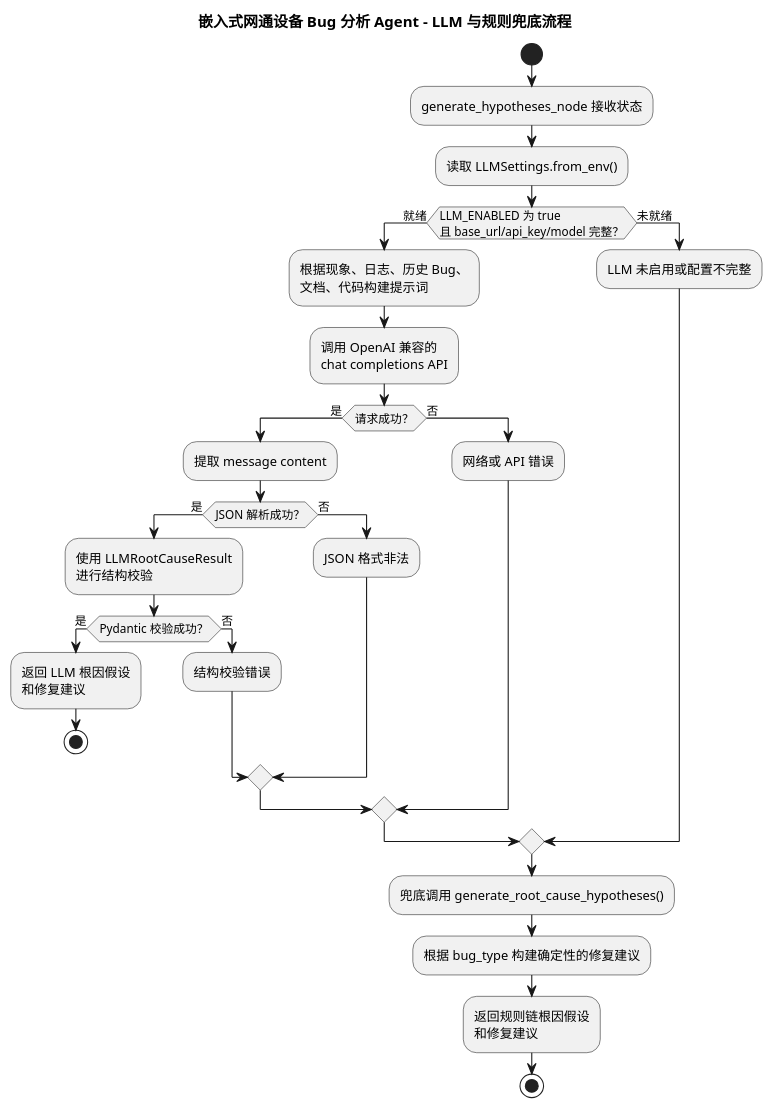
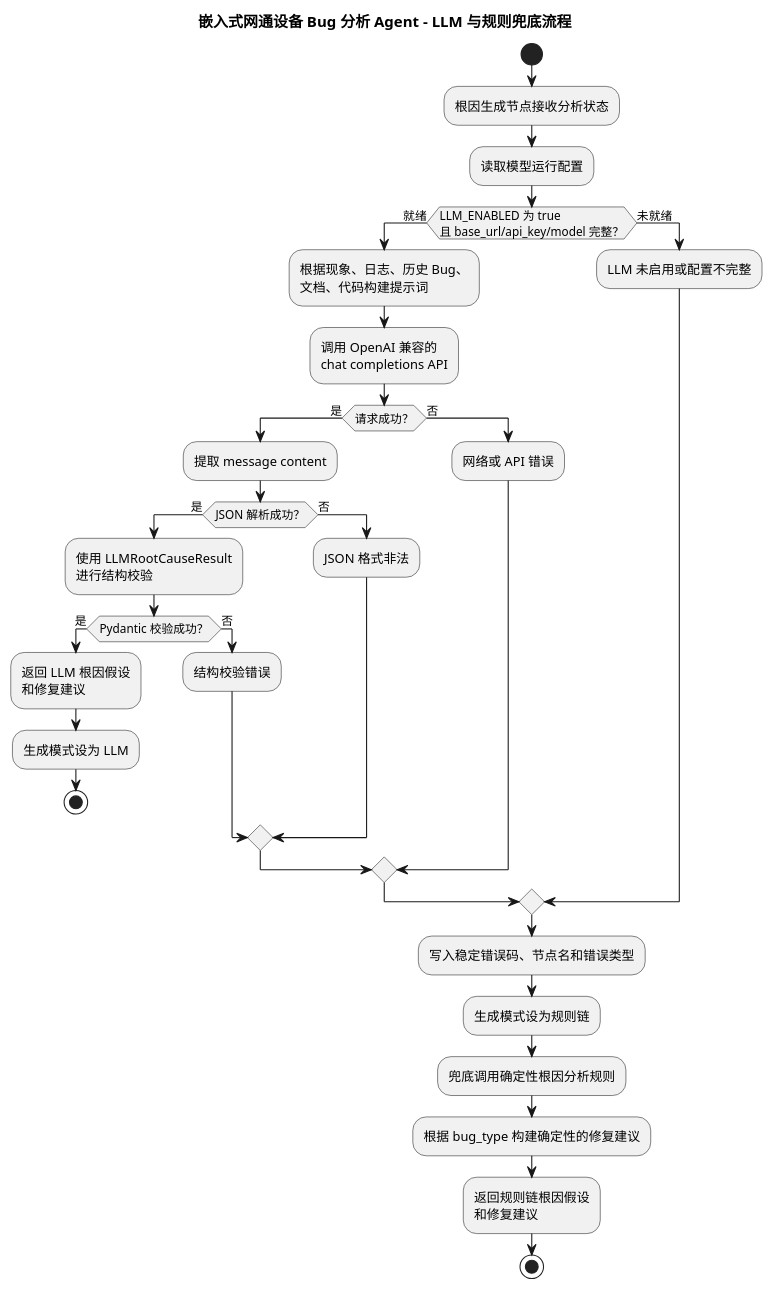
Before and after one commit to dreamautumn822-max/embedded-bug-analysis-agent: the diagram in docs/architecture/llm-fallback-flow.puml, drawn with PlantUML. The commit also changed 127 other files, not shown here.

```diff
--- a/docs/architecture/llm-fallback-flow.puml
+++ b/docs/architecture/llm-fallback-flow.puml
@@ -1,38 +1,41 @@
 @startuml
 title 嵌入式网通设备 Bug 分析 Agent - LLM 与规则兜底流程
 
 skinparam shadowing false
 
 start
-:generate_hypotheses_node 接收状态;
-:读取 LLMSettings.from_env();
+:根因生成节点接收分析状态;
+:读取模型运行配置;
 
 if (LLM_ENABLED 为 true\n且 base_url/api_key/model 完整？) then (就绪)
   :根据现象、日志、历史 Bug、\n文档、代码构建提示词;
   :调用 OpenAI 兼容的\nchat completions API;
   if (请求成功？) then (是)
     :提取 message content;
     if (JSON 解析成功？) then (是)
       :使用 LLMRootCauseResult\n进行结构校验;
       if (Pydantic 校验成功？) then (是)
         :返回 LLM 根因假设\n和修复建议;
+        :生成模式设为 LLM;
         stop
       else (否)
         :结构校验错误;
       endif
     else (否)
       :JSON 格式非法;
     endif
   else (否)
     :网络或 API 错误;
   endif
 else (未就绪)
   :LLM 未启用或配置不完整;
 endif
 
-:兜底调用 generate_root_cause_hypotheses();
+:写入稳定错误码、节点名和错误类型;
+:生成模式设为规则链;
+:兜底调用确定性根因分析规则;
 :根据 bug_type 构建确定性的修复建议;
 :返回规则链根因假设\n和修复建议;
 stop
 
 @enduml
```
